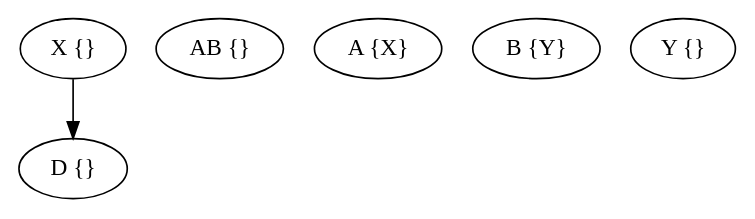
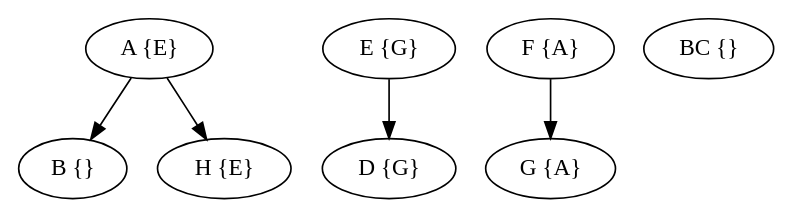
The diagram in output/grafo.dot (GiovA07/Pointer_Analysis), drawn with Graphviz before and after one commit. The commit also changed 3 other files, not shown here.

```diff
--- a/output/grafo.dot
+++ b/output/grafo.dot
@@ -1,10 +1,15 @@
 digraph{
 rankdir=TB;
-D [label="D {}"];
-AB [label="AB {}"];
-A [label="A {X}"];
-X [label="X {}"];
-B [label="B {Y}"];
-Y [label="Y {}"];
-X -> D;
+B [label="B {}"];
+D [label="D {G}"];
+F [label="F {A}"];
+A [label="A {E}"];
+BC [label="BC {}"];
+G [label="G {A}"];
+E [label="E {G}"];
+H [label="H {E}"];
+F -> G;
+A -> B;
+A -> H;
+E -> D;
 }
```
